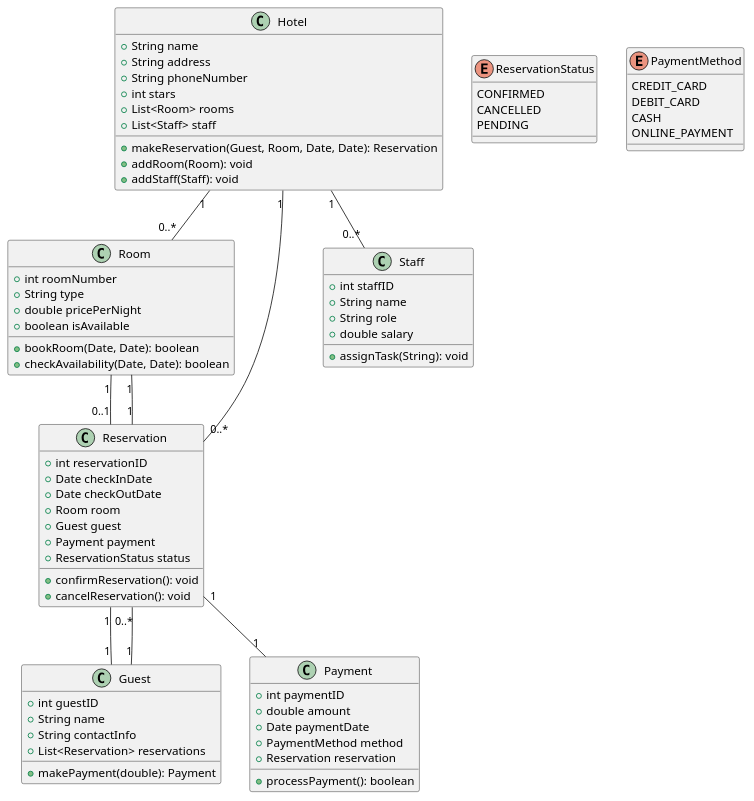
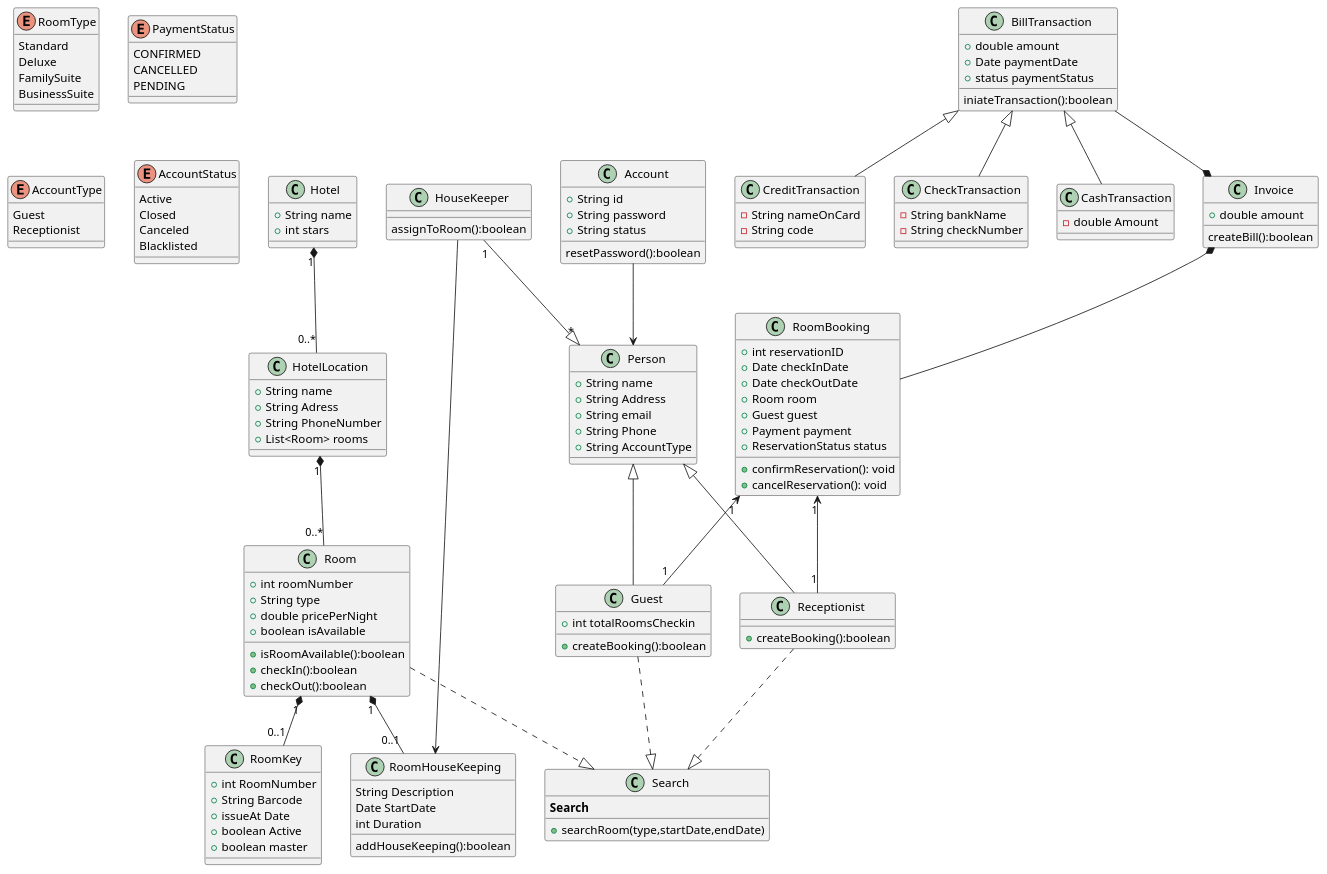
Before and after one commit to N-das/Hotel-UML-diagram: the diagram in Hotel.puml, drawn with PlantUML.

```diff
--- a/Hotel.puml
+++ b/Hotel.puml
@@ -1,89 +1,169 @@
 @startuml
 
 class Hotel {
   +String name
-  +String address
-  +String phoneNumber
   +int stars
+}
+
+class HotelLocation{
+  +String name
+  +String Adress
+  +String PhoneNumber
   +List<Room> rooms
-  +List<Staff> staff
-
-  +makeReservation(Guest, Room, Date, Date): Reservation
-  +addRoom(Room): void
-  +addStaff(Staff): void
 }
 
 class Room {
   +int roomNumber
   +String type
   +double pricePerNight
   +boolean isAvailable
 
-  +bookRoom(Date, Date): boolean
-  +checkAvailability(Date, Date): boolean
+  +isRoomAvailable():boolean
+  +checkIn():boolean
+  +checkOut():boolean
+}
+
+class RoomHouseKeeping{
+  String Description
+  Date StartDate
+  int Duration
+
+  addHouseKeeping():boolean
+}
+
+class RoomKey{
+  +int RoomNumber
+  +String Barcode
+  +issueAt Date
+  +boolean Active
+  +boolean master
+}
+
+class Account{
+  +String id
+  +String password 
+  +String status
+
+  resetPassword():boolean
+}
+
+class Person{
+  +String name
+  +String Address
+  +String email
+  +String Phone
+  +String AccountType
+}
+
+class HouseKeeper{
+  assignToRoom():boolean
 }
 
 class Guest {
-  +int guestID
-  +String name
-  +String contactInfo
-  +List<Reservation> reservations
-
-  +makePayment(double): Payment
+  +int totalRoomsCheckin
+  +createBooking():boolean
 }
 
-class Reservation {
+class Receptionist{
+  +createBooking():boolean
+}
+
+
+class Search{
+  <b>Search</b>
+  +searchRoom(type,startDate,endDate)
+}
+
+class RoomBooking {
   +int reservationID
   +Date checkInDate
   +Date checkOutDate
   +Room room
   +Guest guest
   +Payment payment
   +ReservationStatus status
 
   +confirmReservation(): void
   +cancelReservation(): void
 }
 
-class Payment {
-  +int paymentID
+ class Invoice{
+   +double amount
+
+   createBill():boolean
+}
+
+class BillTransaction {
   +double amount
   +Date paymentDate
-  +PaymentMethod method
-  +Reservation reservation
+  +status paymentStatus
 
-  +processPayment(): boolean
+  iniateTransaction():boolean
 }
 
-class Staff {
-  +int staffID
-  +String name
-  +String role
-  +double salary
-
-  +assignTask(String): void
+class CreditTransaction{
+  -String nameOnCard
+  -String code
 }
 
-enum ReservationStatus {
+class CheckTransaction{
+  -String bankName
+  -String checkNumber
+}
+
+class CashTransaction{
+  -double Amount
+}
+
+enum RoomType{
+  Standard
+  Deluxe
+  FamilySuite
+  BusinessSuite
+}
+
+enum PaymentStatus {
   CONFIRMED
   CANCELLED
   PENDING
 }
 
-enum PaymentMethod {
-  CREDIT_CARD
-  DEBIT_CARD
-  CASH
-  ONLINE_PAYMENT
+enum AccountType{
+  Guest
+  Receptionist
 }
 
-Hotel "1" -- "0..*" Room
-Hotel "1" -- "0..*" Staff
-Hotel "1" -- "0..*" Reservation
-Reservation "1" -- "1" Room
-Reservation "1" -- "1" Guest
-Reservation "1" -- "1" Payment
-Guest "1" -- "0..*" Reservation
-Room "1" -- "0..1" Reservation
+enum AccountStatus{
+  Active
+  Closed
+  Canceled
+  Blacklisted
+}
+
+Hotel "1" *-- "0..*" HotelLocation
+HotelLocation "1" *-- "0..*" Room
+'HotelLocation "1" -- "0..*" Reservation
+'Reservation "1" -- "1" Room
+RoomBooking "1" <-- "1" Guest
+RoomBooking "1" <-- "1" Receptionist
+'Guest "1" -- "0..*" Reservation
+'Room "1" -- "0..1" Reservation
+Room "1" *-- "0..1" RoomKey
+Room "1" *-- "0..1" RoomHouseKeeping
+HouseKeeper "1" --|> "*" Person
+HouseKeeper --> RoomHouseKeeping
+Person <|-- Guest
+Person <|-- Receptionist
+Account --> Person
+Room ..|> Search
+Receptionist ..|> Search
+Guest ..|> Search
+
+
+Invoice *-- RoomBooking
+BillTransaction --* Invoice
+BillTransaction <|-- CreditTransaction
+BillTransaction <|-- CheckTransaction
+BillTransaction <|-- CashTransaction
 
 @enduml
```
